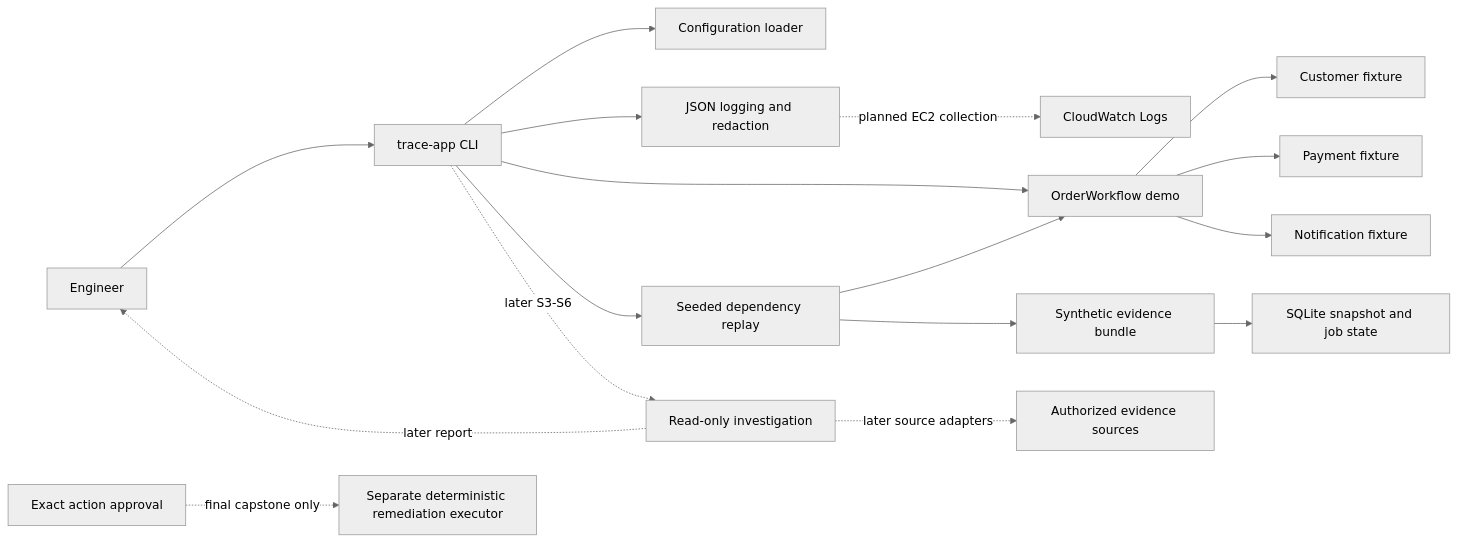
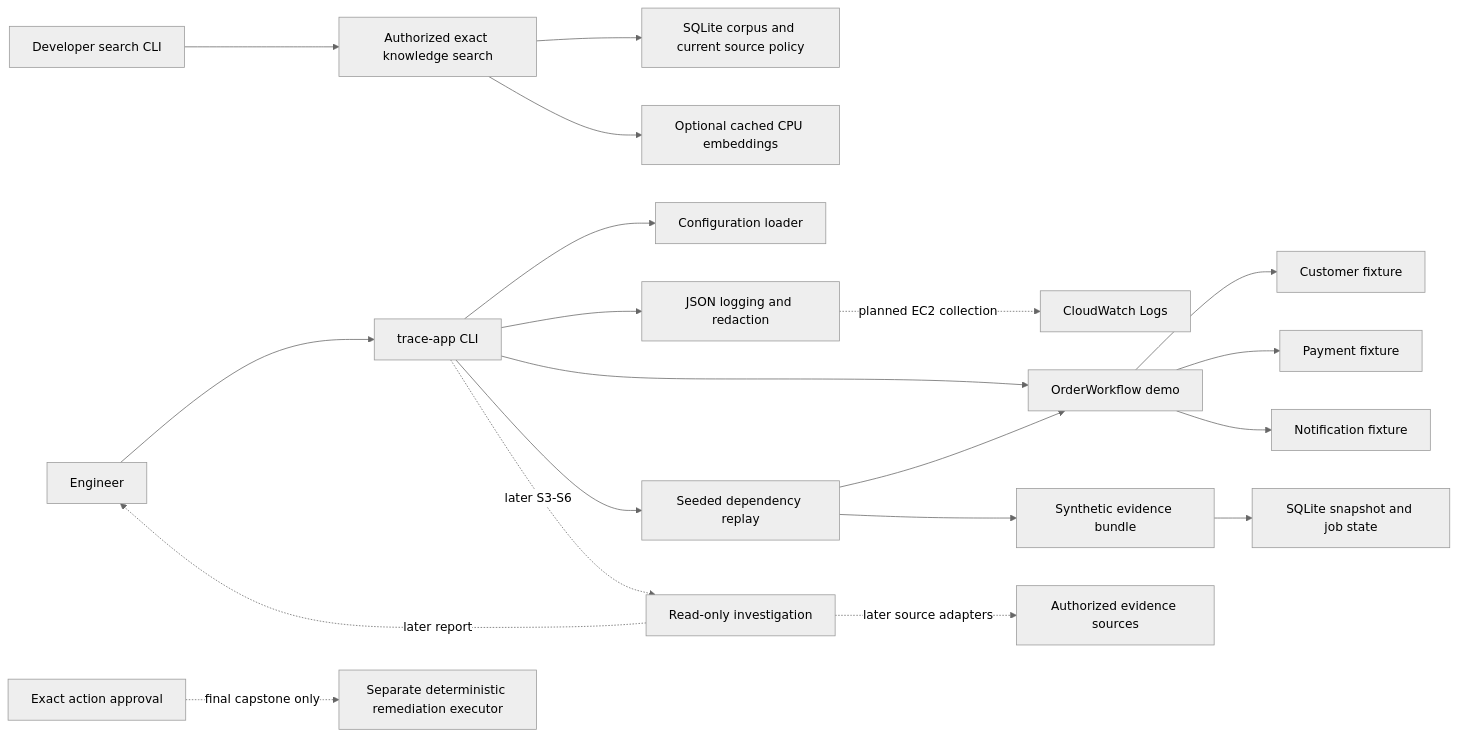
Before and after one commit to krispykrits/TRACE: the diagram in docs/architecture/README.md, drawn with Mermaid (neutral theme). The commit also changed other lines of this file and 29 other files, not shown here.

Commit message:
Implement authorized exact knowledge retrieval for story 16

````diff
--- a/docs/architecture/README.md
+++ b/docs/architecture/README.md
@@ -5,19 +5,22 @@
 ```mermaid
 flowchart LR
     User[Engineer] --> CLI[trace-app CLI]
     CLI --> Config[Configuration loader]
     CLI --> Log[JSON logging and redaction]
     CLI --> Demo[OrderWorkflow demo]
     CLI --> Replay[Seeded dependency replay]
     Replay --> Demo
     Replay --> Evidence[Synthetic evidence bundle]
     Evidence --> Store[SQLite snapshot and job state]
     Demo --> Customer[Customer fixture]
     Demo --> Payment[Payment fixture]
     Demo --> Notification[Notification fixture]
+    SearchDemo[Developer search CLI] --> Search[Authorized exact knowledge search]
+    Search --> Corpus[SQLite corpus and current source policy]
+    Search --> Encoder[Optional cached CPU embeddings]
     Log -. planned EC2 collection .-> CW[CloudWatch Logs]
     CLI -. later S3-S6 .-> Investigation[Read-only investigation]
     Investigation -. later source adapters .-> Sources[Authorized evidence sources]
     Investigation -. later report .-> User
     Approved[Exact action approval] -. final capstone only .-> Executor[Separate deterministic remediation executor]
 ```
````
